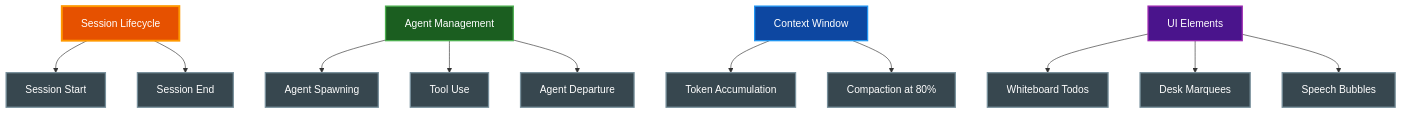
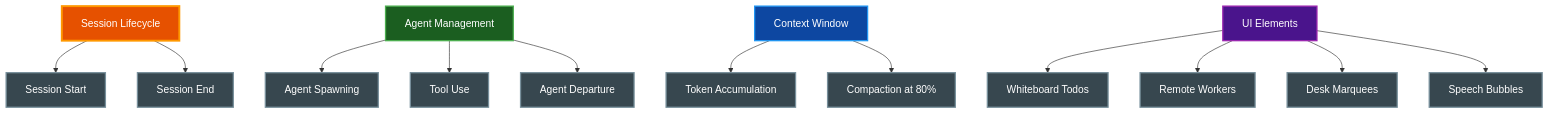
The diagram in scripts/README.md (paulrobello/claude-office), drawn with Mermaid before and after one commit. The commit also changed other lines of this file, not shown here.

````diff
--- a/scripts/README.md
+++ b/scripts/README.md
@@ -45,36 +46,38 @@
 ```mermaid
 graph TD
     Session[Session Lifecycle]
     Agents[Agent Management]
     Context[Context Window]
     UI[UI Elements]
 
     Session --> Start[Session Start]
     Session --> End[Session End]
 
     Agents --> Spawn[Agent Spawning]
     Agents --> Work[Tool Use]
     Agents --> Depart[Agent Departure]
 
     Context --> Fill[Token Accumulation]
     Context --> Compact[Compaction at 80%]
 
     UI --> Todos[Whiteboard Todos]
+    UI --> Remote[Remote Workers]
     UI --> Marquee[Desk Marquees]
     UI --> Bubbles[Speech Bubbles]
 
     style Session fill:#e65100,stroke:#ff9800,stroke-width:3px,color:#ffffff
     style Agents fill:#1b5e20,stroke:#4caf50,stroke-width:2px,color:#ffffff
     style Context fill:#0d47a1,stroke:#2196f3,stroke-width:2px,color:#ffffff
     style UI fill:#4a148c,stroke:#9c27b0,stroke-width:2px,color:#ffffff
     style Start fill:#37474f,stroke:#78909c,stroke-width:2px,color:#ffffff
     style End fill:#37474f,stroke:#78909c,stroke-width:2px,color:#ffffff
     style Spawn fill:#37474f,stroke:#78909c,stroke-width:2px,color:#ffffff
     style Work fill:#37474f,stroke:#78909c,stroke-width:2px,color:#ffffff
     style Depart fill:#37474f,stroke:#78909c,stroke-width:2px,color:#ffffff
     style Fill fill:#37474f,stroke:#78909c,stroke-width:2px,color:#ffffff
     style Compact fill:#37474f,stroke:#78909c,stroke-width:2px,color:#ffffff
     style Todos fill:#37474f,stroke:#78909c,stroke-width:2px,color:#ffffff
     style Marquee fill:#37474f,stroke:#78909c,stroke-width:2px,color:#ffffff
     style Bubbles fill:#37474f,stroke:#78909c,stroke-width:2px,color:#ffffff
+    style Remote fill:#37474f,stroke:#78909c,stroke-width:2px,color:#ffffff
 ```
````
